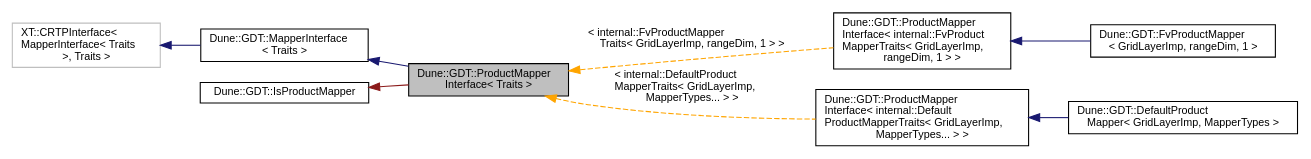
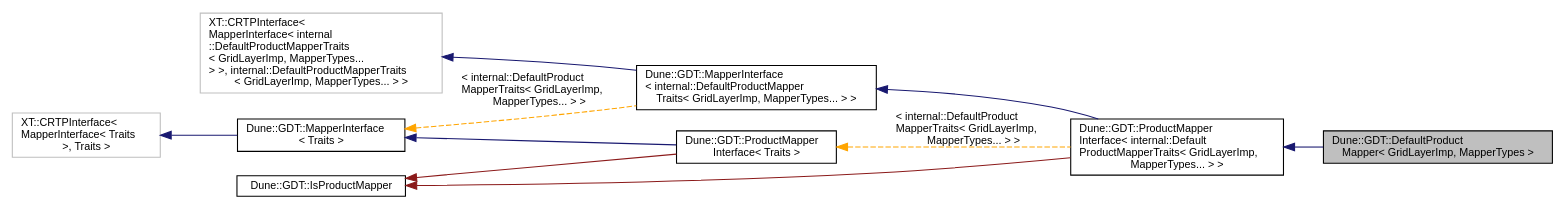
Before and after one commit to dune-community/dune-community.github.io: the diagram in docs/dune-gdt/master/a02792.dot, drawn with Graphviz. The commit also changed 1984 other files, not shown here.

Commit message:
Updated documentation for dune-gdt master

```diff
--- a/docs/dune-gdt/master/a02792.dot
+++ b/docs/dune-gdt/master/a02792.dot
@@ -1,21 +1,23 @@
-digraph "Dune::GDT::ProductMapperInterface&lt; Traits &gt;"
+digraph "Dune::GDT::DefaultProductMapper&lt; GridLayerImp, MapperTypes &gt;"
 {
   edge [fontname="Helvetica",fontsize="10",labelfontname="Helvetica",labelfontsize="10"];
   node [fontname="Helvetica",fontsize="10",shape=record];
   rankdir="LR";
-  Node0 [label="Dune::GDT::ProductMapper\lInterface\< Traits \>",height=0.2,width=0.4,color="black", fillcolor="grey75", style="filled", fontcolor="black"];
+  Node0 [label="Dune::GDT::DefaultProduct\lMapper\< GridLayerImp, MapperTypes \>",height=0.2,width=0.4,color="black", fillcolor="grey75", style="filled", fontcolor="black"];
   Node1 -> Node0 [dir="back",color="midnightblue",fontsize="10",style="solid",fontname="Helvetica"];
-  Node1 [label="Dune::GDT::MapperInterface\l\< Traits \>",height=0.2,width=0.4,color="black", fillcolor="white", style="filled",URL="$a02785.html"];
+  Node1 [label="Dune::GDT::ProductMapper\lInterface\< internal::Default\lProductMapperTraits\< GridLayerImp,\l MapperTypes... \> \>",height=0.2,width=0.4,color="black", fillcolor="white", style="filled",URL="$a02789.html"];
   Node2 -> Node1 [dir="back",color="midnightblue",fontsize="10",style="solid",fontname="Helvetica"];
-  Node2 [label="XT::CRTPInterface\<\l MapperInterface\< Traits\l \>, Traits \>",height=0.2,width=0.4,color="grey75", fillcolor="white", style="filled"];
-  Node3 -> Node0 [dir="back",color="firebrick4",fontsize="10",style="solid",fontname="Helvetica"];
-  Node3 [label="Dune::GDT::IsProductMapper",height=0.2,width=0.4,color="black", fillcolor="white", style="filled",URL="$a02789.html"];
-  Node0 -> Node4 [dir="back",color="orange",fontsize="10",style="dashed",label=" \< internal::FvProductMapper\lTraits\< GridLayerImp, rangeDim, 1 \> \>" ,fontname="Helvetica"];
-  Node4 [label="Dune::GDT::ProductMapper\lInterface\< internal::FvProduct\lMapperTraits\< GridLayerImp,\l rangeDim, 1 \> \>",height=0.2,width=0.4,color="black", fillcolor="white", style="filled",URL="$a02793.html"];
-  Node4 -> Node5 [dir="back",color="midnightblue",fontsize="10",style="solid",fontname="Helvetica"];
-  Node5 [label="Dune::GDT::FvProductMapper\l\< GridLayerImp, rangeDim, 1 \>",height=0.2,width=0.4,color="black", fillcolor="white", style="filled",URL="$a02781.html"];
-  Node0 -> Node6 [dir="back",color="orange",fontsize="10",style="dashed",label=" \< internal::DefaultProduct\lMapperTraits\< GridLayerImp,\l MapperTypes... \> \>" ,fontname="Helvetica"];
-  Node6 [label="Dune::GDT::ProductMapper\lInterface\< internal::Default\lProductMapperTraits\< GridLayerImp,\l MapperTypes... \> \>",height=0.2,width=0.4,color="black", fillcolor="white", style="filled",URL="$a02793.html"];
-  Node6 -> Node7 [dir="back",color="midnightblue",fontsize="10",style="solid",fontname="Helvetica"];
-  Node7 [label="Dune::GDT::DefaultProduct\lMapper\< GridLayerImp, MapperTypes \>",height=0.2,width=0.4,color="black", fillcolor="white", style="filled",URL="$a02797.html"];
+  Node2 [label="Dune::GDT::MapperInterface\l\< internal::DefaultProductMapper\lTraits\< GridLayerImp, MapperTypes... \> \>",height=0.2,width=0.4,color="black", fillcolor="white", style="filled",URL="$a02781.html"];
+  Node3 -> Node2 [dir="back",color="midnightblue",fontsize="10",style="solid",fontname="Helvetica"];
+  Node3 [label="XT::CRTPInterface\<\l MapperInterface\< internal\l::DefaultProductMapperTraits\l\< GridLayerImp, MapperTypes...\l \> \>, internal::DefaultProductMapperTraits\l\< GridLayerImp, MapperTypes... \> \>",height=0.2,width=0.4,color="grey75", fillcolor="white", style="filled"];
+  Node4 -> Node2 [dir="back",color="orange",fontsize="10",style="dashed",label=" \< internal::DefaultProduct\lMapperTraits\< GridLayerImp,\l MapperTypes... \> \>" ,fontname="Helvetica"];
+  Node4 [label="Dune::GDT::MapperInterface\l\< Traits \>",height=0.2,width=0.4,color="black", fillcolor="white", style="filled",URL="$a02781.html"];
+  Node5 -> Node4 [dir="back",color="midnightblue",fontsize="10",style="solid",fontname="Helvetica"];
+  Node5 [label="XT::CRTPInterface\<\l MapperInterface\< Traits\l \>, Traits \>",height=0.2,width=0.4,color="grey75", fillcolor="white", style="filled"];
+  Node6 -> Node1 [dir="back",color="firebrick4",fontsize="10",style="solid",fontname="Helvetica"];
+  Node6 [label="Dune::GDT::IsProductMapper",height=0.2,width=0.4,color="black", fillcolor="white", style="filled",URL="$a02785.html"];
+  Node7 -> Node1 [dir="back",color="orange",fontsize="10",style="dashed",label=" \< internal::DefaultProduct\lMapperTraits\< GridLayerImp,\l MapperTypes... \> \>" ,fontname="Helvetica"];
+  Node7 [label="Dune::GDT::ProductMapper\lInterface\< Traits \>",height=0.2,width=0.4,color="black", fillcolor="white", style="filled",URL="$a02789.html"];
+  Node4 -> Node7 [dir="back",color="midnightblue",fontsize="10",style="solid",fontname="Helvetica"];
+  Node6 -> Node7 [dir="back",color="firebrick4",fontsize="10",style="solid",fontname="Helvetica"];
 }
```
